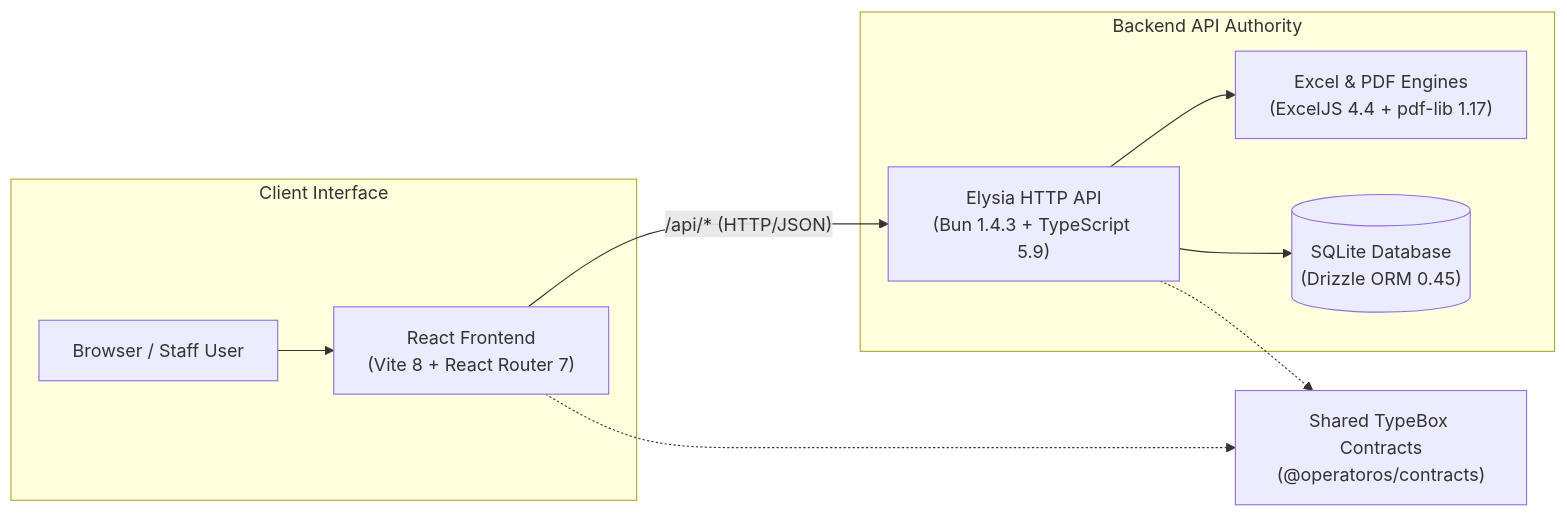
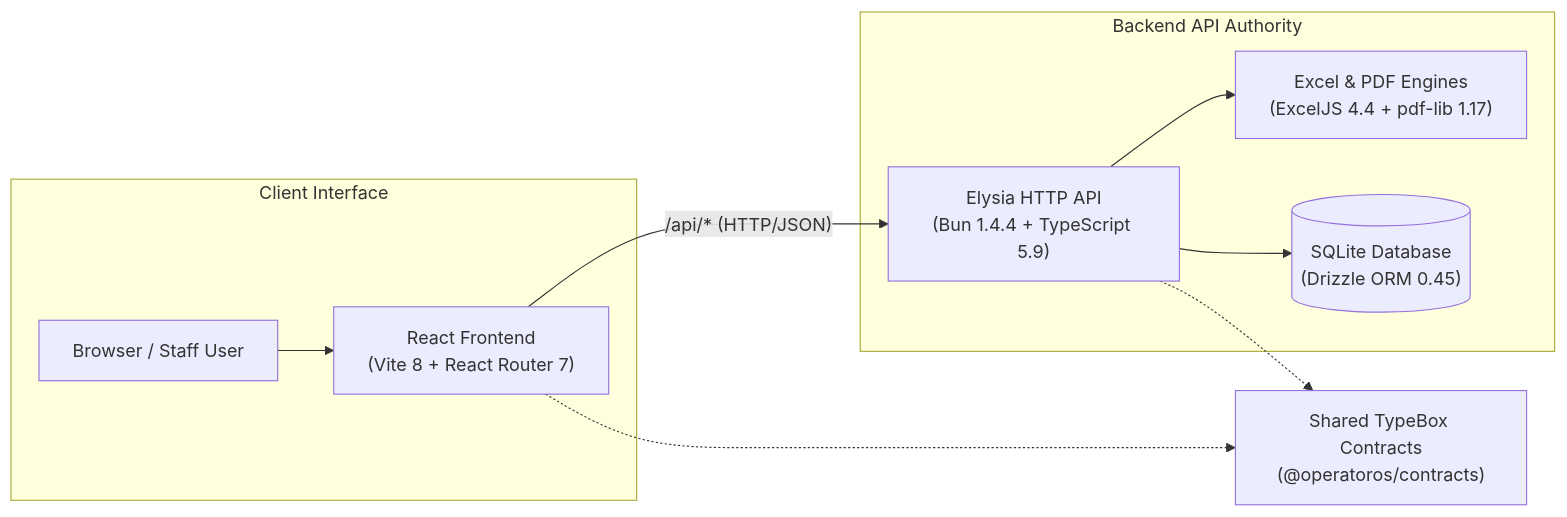
Before and after one commit to daoistmadness/operatoros: the first of 3 diagrams in README.md, drawn with Mermaid. The commit also changed other lines of this file and 14 other files, not shown here.

````diff
--- a/README.md
+++ b/README.md
@@ -40,22 +40,22 @@
 ```mermaid
 flowchart LR
   subgraph Client ["Client Interface"]
     Browser["Browser / Staff User"]
     FE["React Frontend<br/>(Vite 8 + React Router 7)"]
   end
 
   subgraph Server ["Backend API Authority"]
-    API["Elysia HTTP API<br/>(Bun 1.4.3 + TypeScript 5.9)"]
+    API["Elysia HTTP API<br/>(Bun 1.4.4 + TypeScript 5.9)"]
     Excel["Excel & PDF Engines<br/>(ExcelJS 4.4 + pdf-lib 1.17)"]
     DB[("SQLite Database<br/>(Drizzle ORM 0.45)")]
   end
 
   Contracts["Shared TypeBox Contracts<br/>(@operatoros/contracts)"]
 
   Browser --> FE
   FE -->|"/api/* (HTTP/JSON)"| API
   API --> DB
   API --> Excel
   FE -.-> Contracts
   API -.-> Contracts
 ```
````
